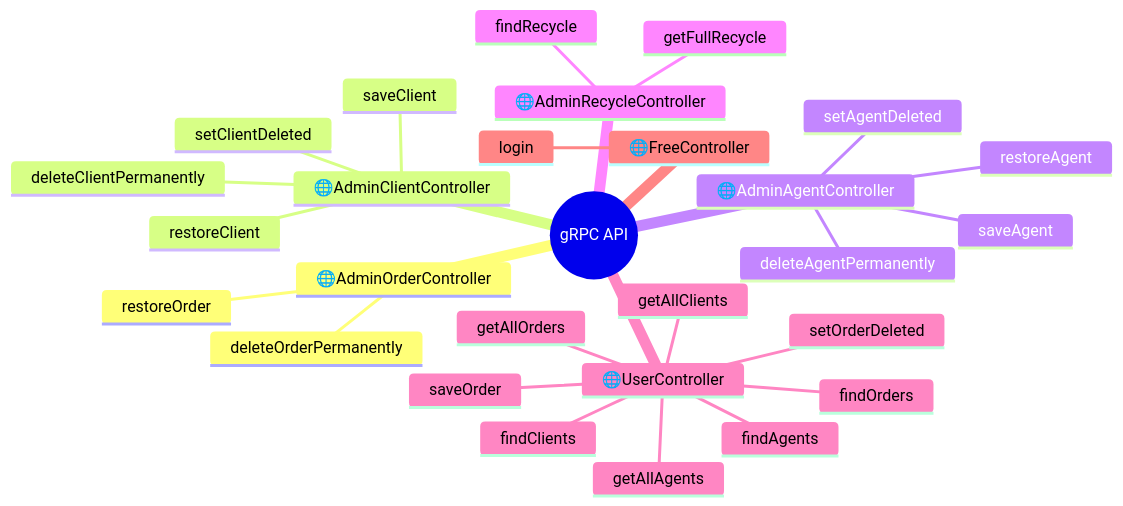
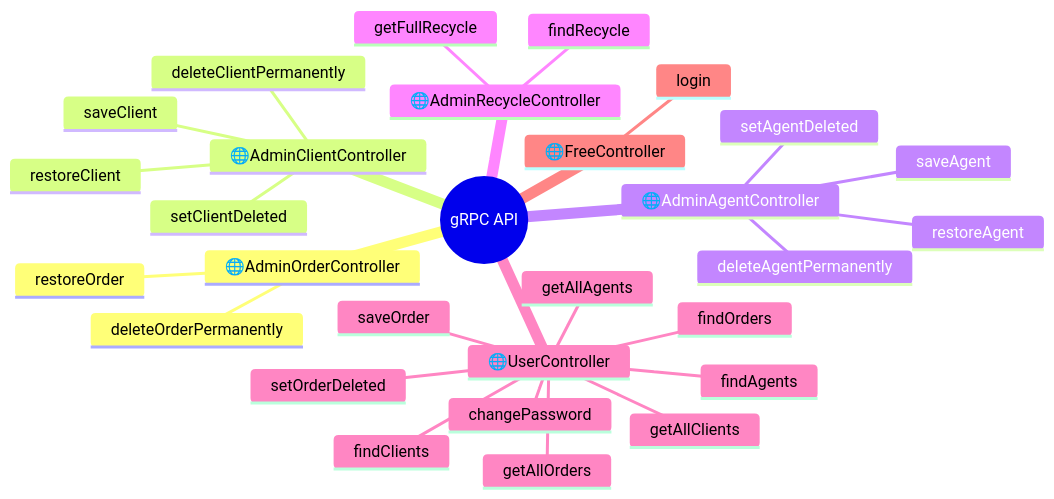
The second of 2 diagrams in README.en.md (AleksOBM/vaadin-service-desk), drawn with Mermaid before and after one commit. The commit also changed other lines of this file and 1 other file, not shown here.

````diff
--- a/README.en.md
+++ b/README.en.md
@@ -293,32 +295,33 @@
 ```mermaid
 %%{init: { 'mindmap': { 'maxNodeWidth': 500 } }}%%
 mindmap
   root((gRPC API))
       🌐AdminOrderController
         deleteOrderPermanently
         restoreOrder
       🌐AdminClientController
         deleteClientPermanently
         restoreClient
         saveClient
         setClientDeleted
       🌐AdminAgentController
         deleteAgentPermanently
         restoreAgent
         saveAgent
         setAgentDeleted
       🌐AdminRecycleController
         findRecycle
         getFullRecycle
       🌐UserController
+        changePassword
         saveOrder
         setOrderDeleted
         findAgents
         findClients
         findOrders
         getAllAgents
         getAllClients
         getAllOrders
       🌐FreeController
         login
 ```
````
